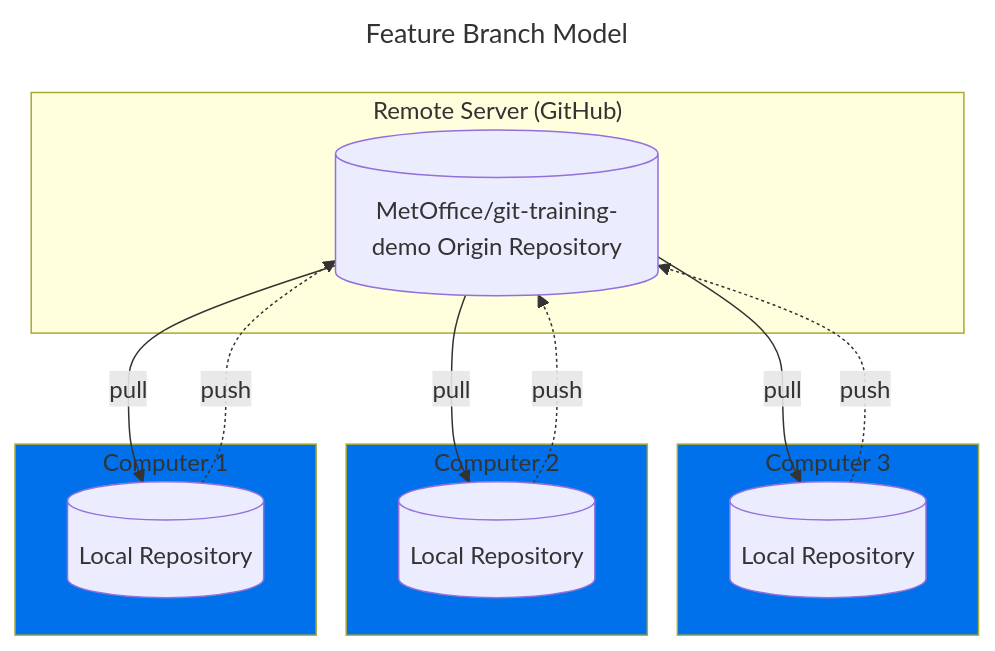
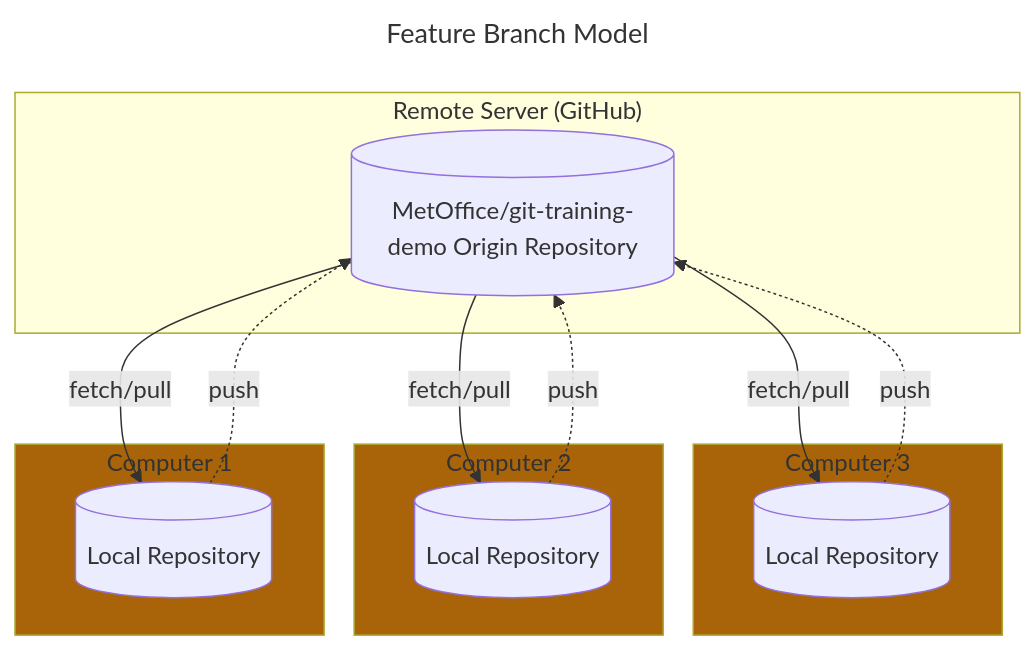
The first of 4 diagrams in episodes/02-branching.md (MetOffice/git-working-practices), drawn with Mermaid before and after one commit. The commit also changed other lines of this file, not shown here.

Commit message:
Updates colours and responds to review comments

````diff
--- a/episodes/02-branching.md
+++ b/episodes/02-branching.md
@@ -94,31 +94,31 @@
 ```mermaid
 ---
 title: Feature Branch Model
 ---
 flowchart TD
   accDescr {A flowchart showing the feature branch model.
     Here developers work on their local copies of the
     GitHub repository. All developers have write access
     or higher. Developers work on feature branches,
     and push these branches to the origin repository.}
   subgraph subGraph0["Remote Server (GitHub)"]
     r1[("MetOffice/git-training-demo Origin Repository")]
   end
   subgraph subGraph1["<div style=margin-top:>Computer 3</div>"]
     r2[("Local Repository")]
   end
   subgraph subGraph2["<div style=margin-top:>Computer 2</div>"]
     r3[(" Local Repository")]
   end
   subgraph subGraph3["<div style=margin-top:>Computer 1</div>"]
     r4[("Local Repository")]
   end
-    r1 -- pull --> r2 & r3 & r4
+    r1 -- fetch/pull --> r2 & r3 & r4
     r2 -. push .-> r1
     r3 -. push .-> r1
     r4 -. push .-> r1
 
-style subGraph1 fill:#0171EB
-style subGraph2 fill:#0171EB
-style subGraph3 fill:#0171EB
+style subGraph1 fill:#A9640A
+style subGraph2 fill:#A9640A
+style subGraph3 fill:#A9640A
 ```
````
